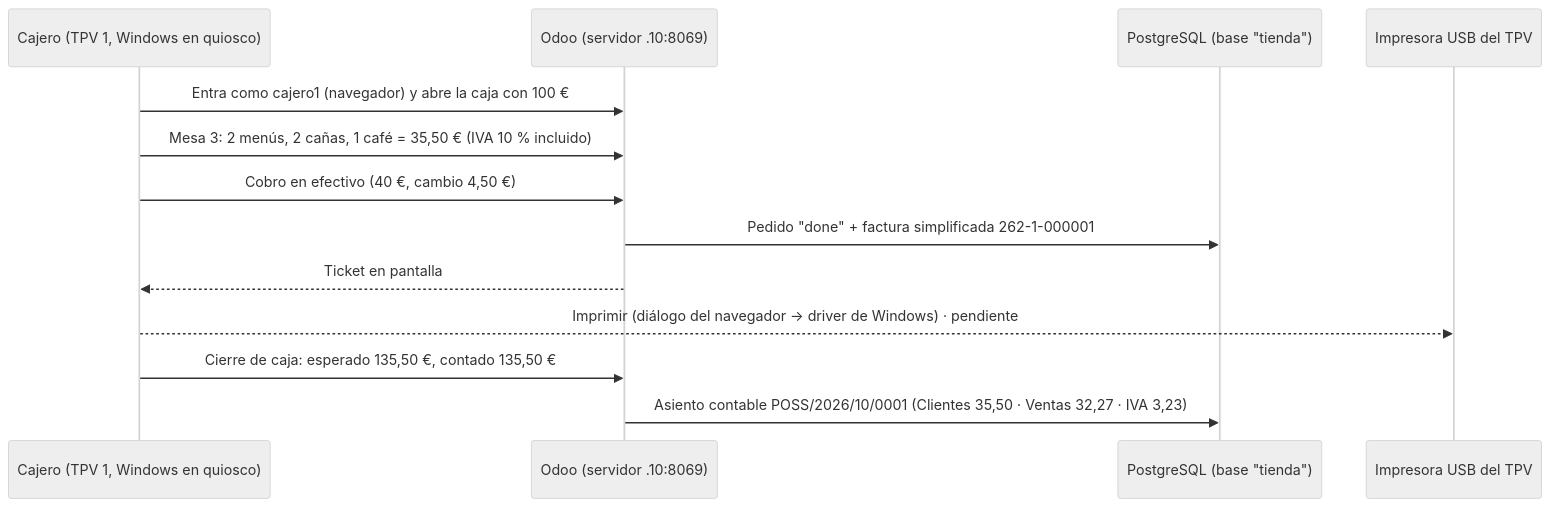
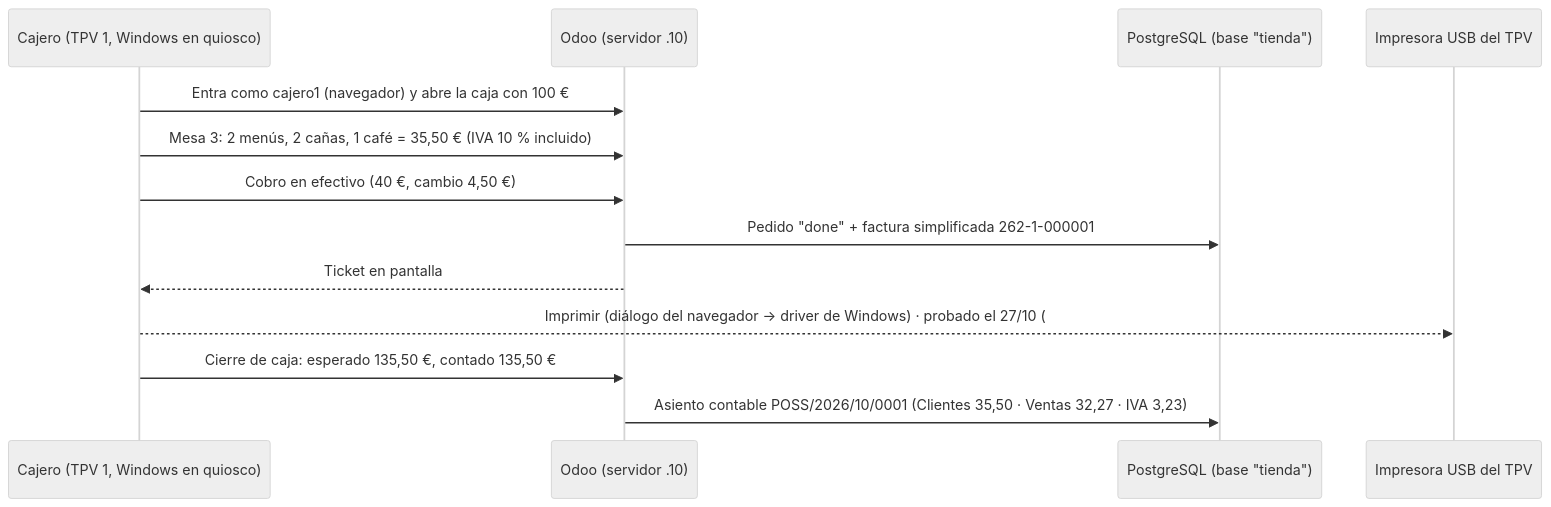
One commit to zHGx-alt/Reto-Asir changed the second of 5 diagrams in LOGICA_RETO.md. Above: the diagram before and after it, drawn with Mermaid (neutral theme). The commit also changed other lines of this file and 5 other files, not shown here.

````diff
--- a/LOGICA_RETO.md
+++ b/LOGICA_RETO.md
@@ -170,15 +210,15 @@
 ```mermaid
 sequenceDiagram
     participant C as Cajero (TPV 1, Windows en quiosco)
-    participant O as Odoo (servidor .10:8069)
+    participant O as Odoo (servidor .10)
     participant P as PostgreSQL (base "tienda")
     participant I as Impresora USB del TPV
     C->>O: Entra como cajero1 (navegador) y abre la caja con 100 €
     C->>O: Mesa 3: 2 menús, 2 cañas, 1 café = 35,50 € (IVA 10 % incluido)
     C->>O: Cobro en efectivo (40 €, cambio 4,50 €)
     O->>P: Pedido "done" + factura simplificada 262-1-000001
     O-->>C: Ticket en pantalla
-    C-->>I: Imprimir (diálogo del navegador → driver de Windows) · pendiente #14/#37
+    C-->>I: Imprimir (diálogo del navegador → driver de Windows) · probado el 27/10 (#37)
     C->>O: Cierre de caja: esperado 135,50 €, contado 135,50 €
     O->>P: Asiento contable POSS/2026/10/0001 (Clientes 35,50 · Ventas 32,27 · IVA 3,23)
 ```
````
